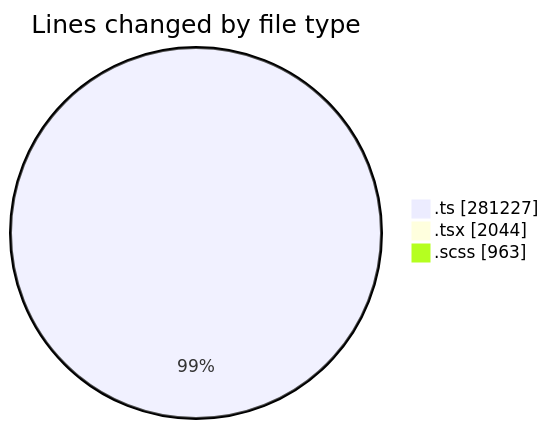
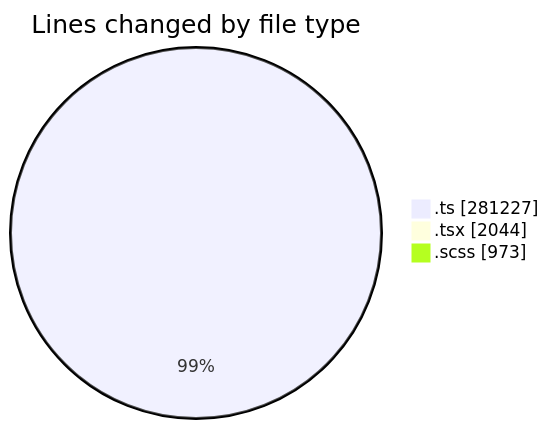
The first of 2 diagrams in 2025-08-22/cda/README.md (momahboobian/code-tracking), drawn with Mermaid before and after one commit. The commit also changed other lines of this file and 1 other file, not shown here.

````diff
--- a/2025-08-22/cda/README.md
+++ b/2025-08-22/cda/README.md
@@ -43,7 +43,7 @@
 ```mermaid
 pie showData
 title Lines changed by file type
 ".ts" : 281227
 ".tsx" : 2044
-".scss" : 963
+".scss" : 973
 ```
````
